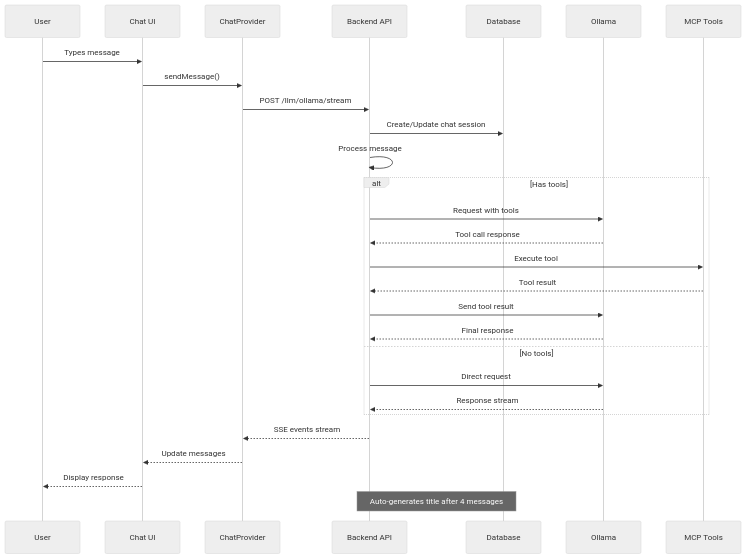
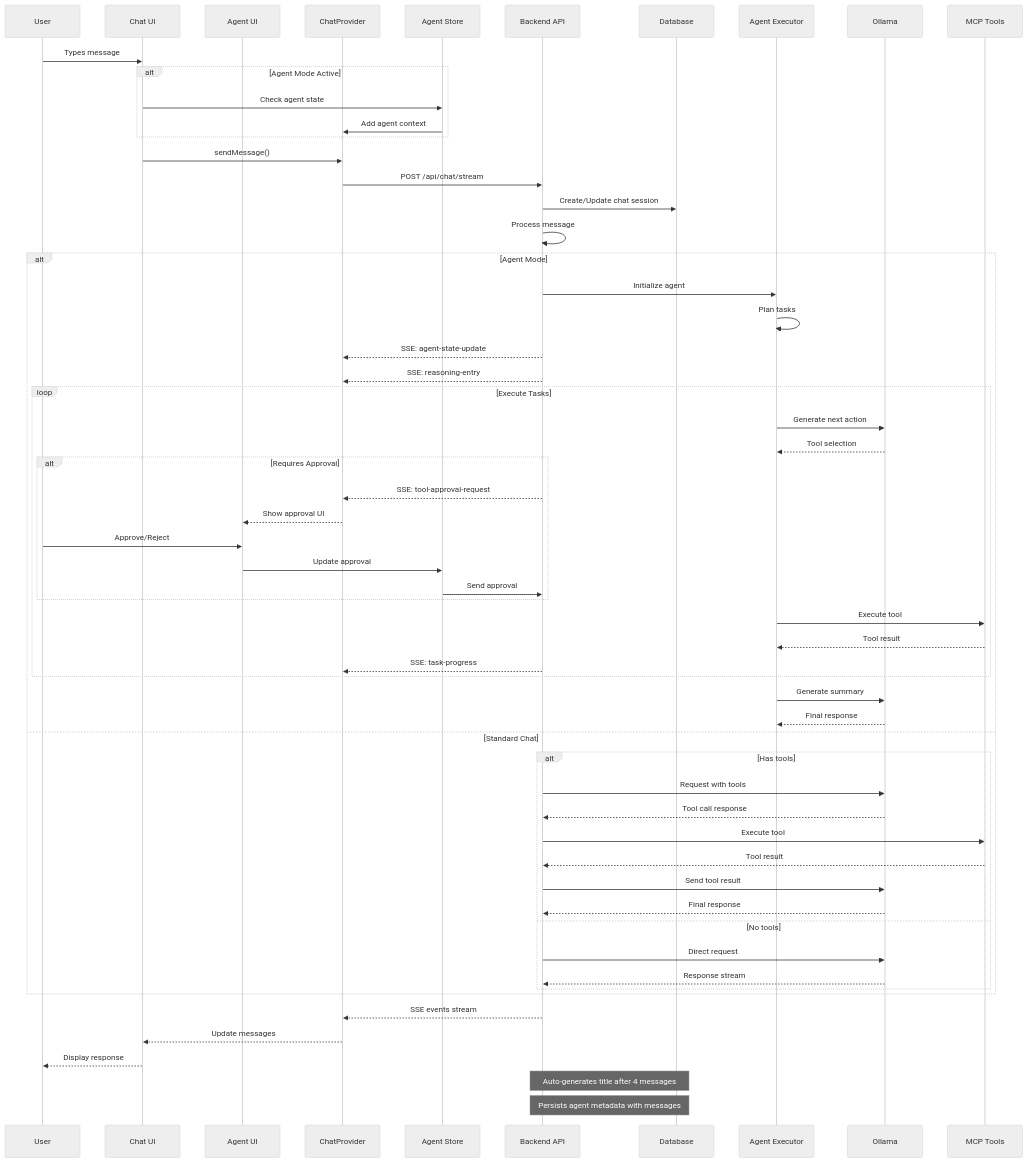
Before and after one commit to archestra-ai/prototypes: the second of 3 diagrams in desktop/chat-architecture.md, drawn with Mermaid (neutral theme). The commit also changed other lines of this file and 1 other file, not shown here.

First line of the commit message:
docs: update CLAUDE.md and chat-architecture.md for agent system

````diff
--- a/desktop/chat-architecture.md
+++ b/desktop/chat-architecture.md
@@ -51,35 +57,72 @@
 ```mermaid
 sequenceDiagram
     participant User
     participant UI as Chat UI
+    participant AUI as Agent UI
     participant CP as ChatProvider
+    participant AS as Agent Store
     participant BE as Backend API
     participant DB as Database
+    participant AE as Agent Executor
     participant OL as Ollama
     participant MCP as MCP Tools
 
     User->>UI: Types message
+    
+    alt Agent Mode Active
+        UI->>AS: Check agent state
+        AS->>CP: Add agent context
+    end
+    
     UI->>CP: sendMessage()
-    CP->>BE: POST /llm/ollama/stream
+    CP->>BE: POST /api/chat/stream
 
     BE->>DB: Create/Update chat session
     BE->>BE: Process message
 
-    alt Has tools
-        BE->>OL: Request with tools
-        OL-->>BE: Tool call response
-        BE->>MCP: Execute tool
-        MCP-->>BE: Tool result
-        BE->>OL: Send tool result
-        OL-->>BE: Final response
-    else No tools
-        BE->>OL: Direct request
-        OL-->>BE: Response stream
+    alt Agent Mode
+        BE->>AE: Initialize agent
+        AE->>AE: Plan tasks
+        BE-->>CP: SSE: agent-state-update
+        BE-->>CP: SSE: reasoning-entry
+        
+        loop Execute Tasks
+            AE->>OL: Generate next action
+            OL-->>AE: Tool selection
+            
+            alt Requires Approval
+                BE-->>CP: SSE: tool-approval-request
+                CP-->>AUI: Show approval UI
+                User->>AUI: Approve/Reject
+                AUI->>AS: Update approval
+                AS->>BE: Send approval
+            end
+            
+            AE->>MCP: Execute tool
+            MCP-->>AE: Tool result
+            BE-->>CP: SSE: task-progress
+        end
+        
+        AE->>OL: Generate summary
+        OL-->>AE: Final response
+    else Standard Chat
+        alt Has tools
+            BE->>OL: Request with tools
+            OL-->>BE: Tool call response
+            BE->>MCP: Execute tool
+            MCP-->>BE: Tool result
+            BE->>OL: Send tool result
+            OL-->>BE: Final response
+        else No tools
+            BE->>OL: Direct request
+            OL-->>BE: Response stream
+        end
     end
 
     BE-->>CP: SSE events stream
     CP-->>UI: Update messages
     UI-->>User: Display response
 
     Note over BE,DB: Auto-generates title after 4 messages
+    Note over BE,DB: Persists agent metadata with messages
 ```
````
